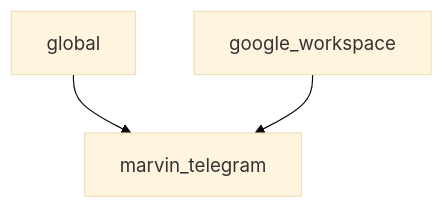
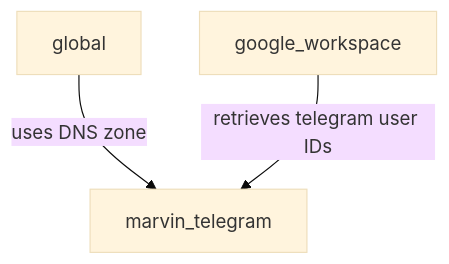
One commit to freierfr/.github changed the diagram in profile/README.md. Above: the diagram before and after it, drawn with Mermaid (base theme).

````diff
--- a/profile/README.md
+++ b/profile/README.md
@@ -14,5 +14,5 @@
 ```mermaid
 graph TD;
-    global-->marvin_telegram;
-    google_workspace-->marvin_telegram;
+    global--uses DNS zone-->marvin_telegram;
+    google_workspace--retrieves telegram user IDs-->marvin_telegram;
 ```
````
